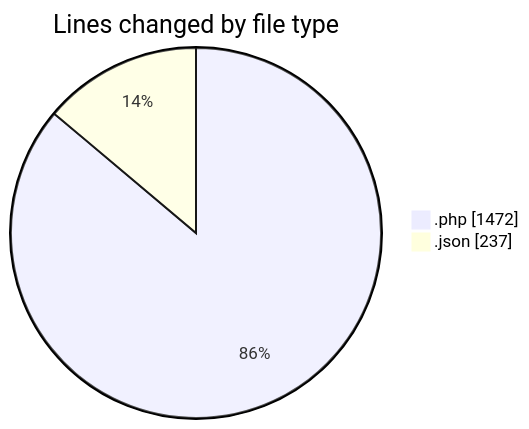
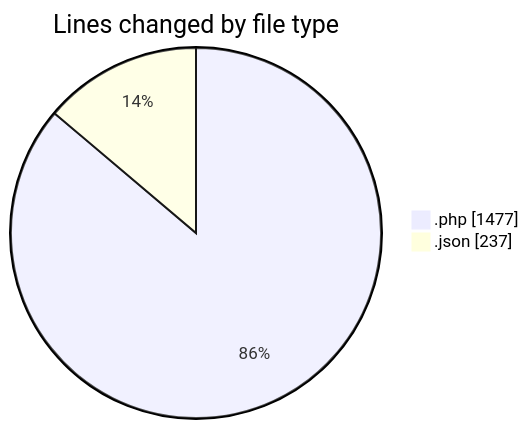
One commit to idhammustaqopulfikri/code-tracking changed the first of 2 diagrams in 2025-06-16/studio-backend/README.md. Above: the diagram before and after it, drawn with Mermaid. The commit also changed other lines of this file and 1 other file, not shown here.

````diff
--- a/2025-06-16/studio-backend/README.md
+++ b/2025-06-16/studio-backend/README.md
@@ -30,6 +30,6 @@
 ```mermaid
 pie showData
 title Lines changed by file type
-".php" : 1472
+".php" : 1477
 ".json" : 237
 ```
````
